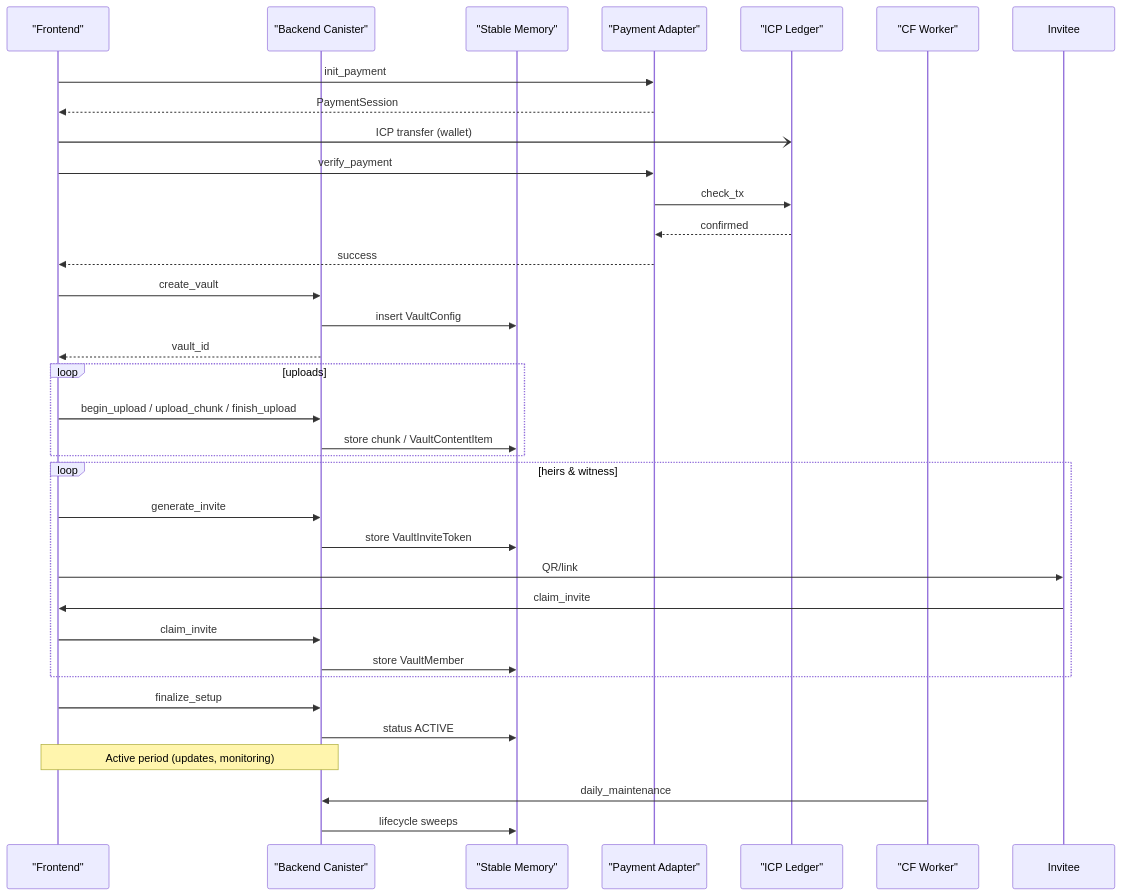
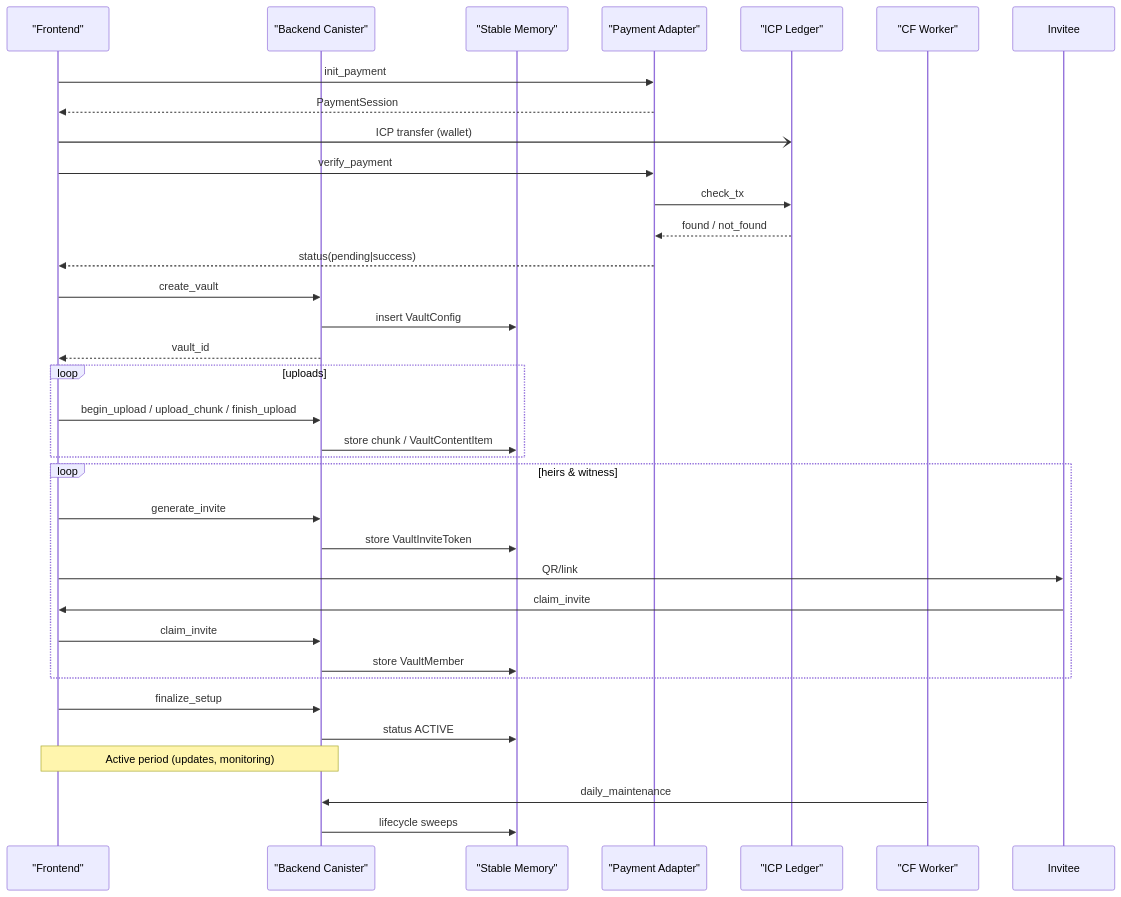
One commit to prasetyowira/LIVAULT changed the second of 5 diagrams in plans/backend.architecture.md. Above: the diagram before and after it, drawn with Mermaid. The commit also changed other lines of this file and 1 other file, not shown here.

````diff
--- a/plans/backend.architecture.md
+++ b/plans/backend.architecture.md
@@ -141,37 +141,37 @@
 ```mermaid
 sequenceDiagram
     participant FE as "Frontend"
     participant BE as "Backend Canister"
     participant SM as "Stable Memory"
     participant Pay as "Payment Adapter"
     participant Ledger as "ICP Ledger"
     participant CF as "CF Worker"
 
     FE->>Pay: init_payment
     Pay-->>FE: PaymentSession
     FE-)Ledger: ICP transfer (wallet)
     FE->>Pay: verify_payment
     Pay->>Ledger: check_tx
-    Ledger-->>Pay: confirmed
-    Pay-->>FE: success
+    Ledger-->>Pay: found / not_found
+    Pay-->>FE: status(pending|success)
     FE->>BE: create_vault
     BE->>SM: insert VaultConfig
     BE-->>FE: vault_id
     loop uploads
         FE->>BE: begin_upload / upload_chunk / finish_upload
         BE->>SM: store chunk / VaultContentItem
     end
     loop heirs & witness
         FE->>BE: generate_invite
         BE->>SM: store VaultInviteToken
         FE->>Invitee: QR/link
         Invitee->>FE: claim_invite
         FE->>BE: claim_invite
         BE->>SM: store VaultMember
     end
     FE->>BE: finalize_setup
     BE->>SM: status ACTIVE
     Note over FE,BE: Active period (updates, monitoring)
     CF->>BE: daily_maintenance
     BE->>SM: lifecycle sweeps
 ```
````
